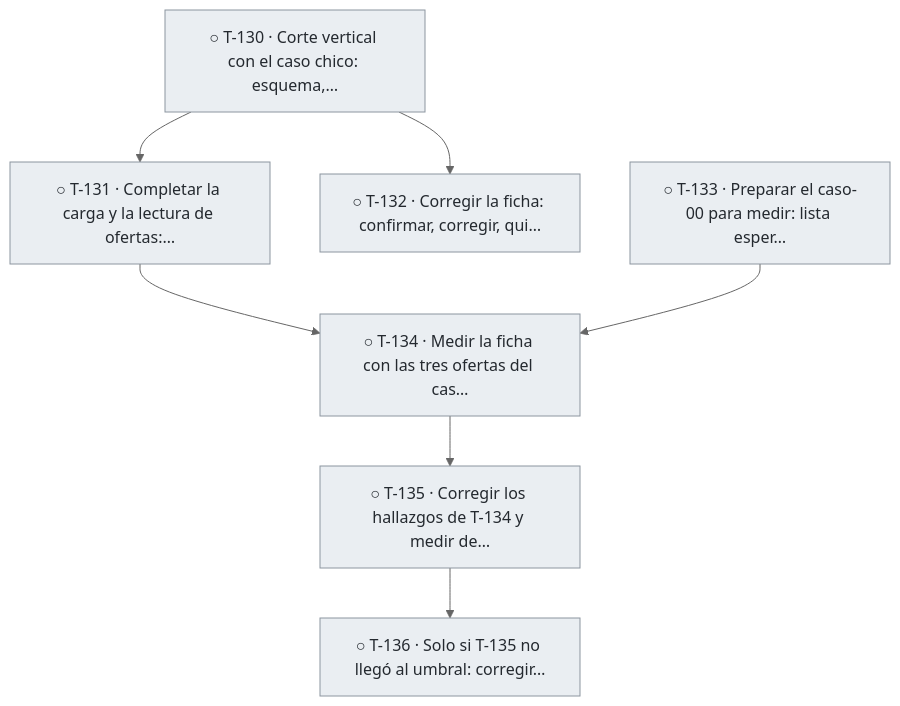
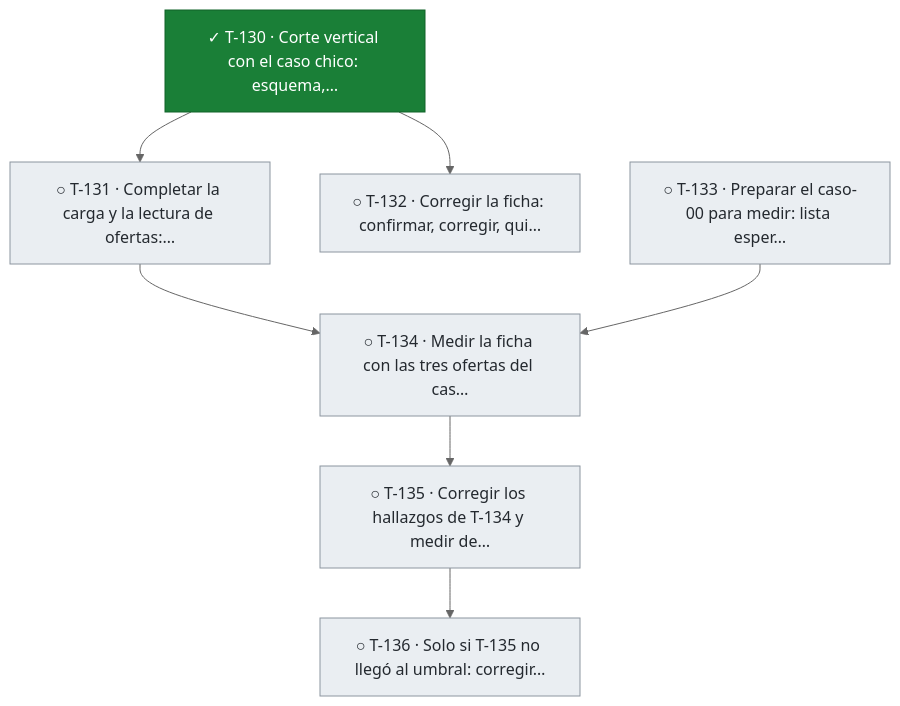
The seventh of 7 diagrams in docs/tablero.md (snavello/EVALUON), drawn with Mermaid (neutral theme) before and after one commit. The commit also changed other lines of this file and 1 other file, not shown here.

````diff
--- a/docs/tablero.md
+++ b/docs/tablero.md
@@ -670,21 +670,21 @@
 ```mermaid
 flowchart TD
-  T130["○ T-130 · Corte vertical con el caso chico: esquema,…"]:::todo
+  T130["✓ T-130 · Corte vertical con el caso chico: esquema,…"]:::done
   T131["○ T-131 · Completar la carga y la lectura de ofertas:…"]:::todo
   T132["○ T-132 · Corregir la ficha: confirmar, corregir, qui…"]:::todo
   T133["○ T-133 · Preparar el caso-00 para medir: lista esper…"]:::todo
   T134["○ T-134 · Medir la ficha con las tres ofertas del cas…"]:::todo
   T135["○ T-135 · Corregir los hallazgos de T-134 y medir de…"]:::todo
   T136["○ T-136 · Solo si T-135 no llegó al umbral: corregir…"]:::todo
   T130 --> T131
   T130 --> T132
   T131 --> T134
   T133 --> T134
   T134 --> T135
   T135 --> T136
   classDef done fill:#1a7f37,stroke:#116329,color:#ffffff
   classDef review fill:#0969da,stroke:#0550ae,color:#ffffff
   classDef active fill:#bf8700,stroke:#7d4e00,color:#ffffff
   classDef blocked fill:#cf222e,stroke:#a40e26,color:#ffffff
   classDef todo fill:#eaeef2,stroke:#8c959f,color:#24292f
 ```
````
